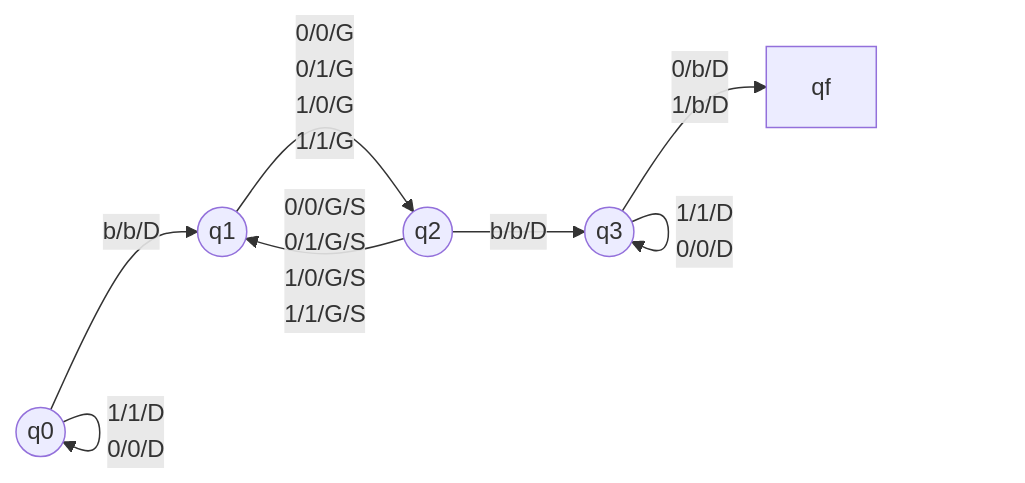
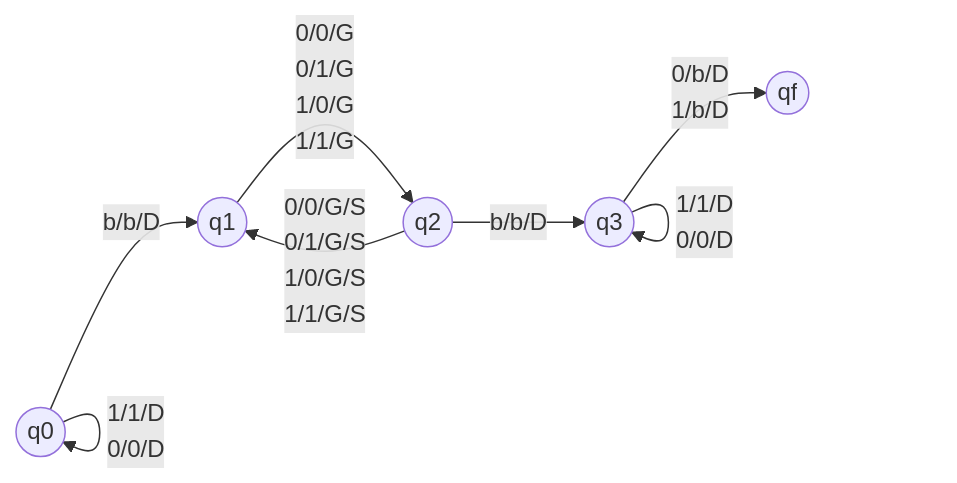
The second of 7 diagrams in TDs/TD2/TD2.md (FlorianLatapie/PNS-SI4-S7_Algorithmique), drawn with Mermaid before and after one commit. The commit also changed other lines of this file, not shown here.

````diff
--- a/TDs/TD2/TD2.md
+++ b/TDs/TD2/TD2.md
@@ -26,10 +31,14 @@
 ```mermaid
 graph LR
     q0((q0)) --> | 1/1/D<br/>0/0/D | q0
     q0((q0)) --> | b/b/D | q1
+
     q1((q1)) --> | 0/0/G<br/>0/1/G<br/>1/0/G<br/>1/1/G | q2
-    q2((q2)) --> | 0/0/G/S<br/>0/1/G/S<br/>1/0/G/S<br/>1/1/G/S | q1((q1))
+    q2((q2)) --> | 0/0/G/S<br/>0/1/G/S<br/>1/0/G/S<br/>1/1/G/S | q1
     q2((q2)) --> | b/b/D | q3
+
     q3((q3)) --> | 1/1/D<br/>0/0/D | q3
     q3((q3)) --> | 0/b/D<br/>1/b/D | qf
+
+    qf((qf))
 ```
````
